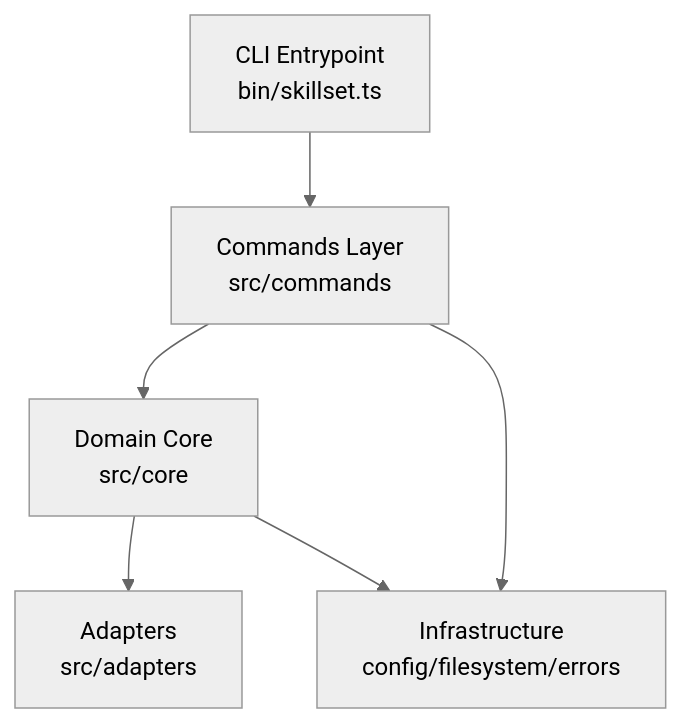
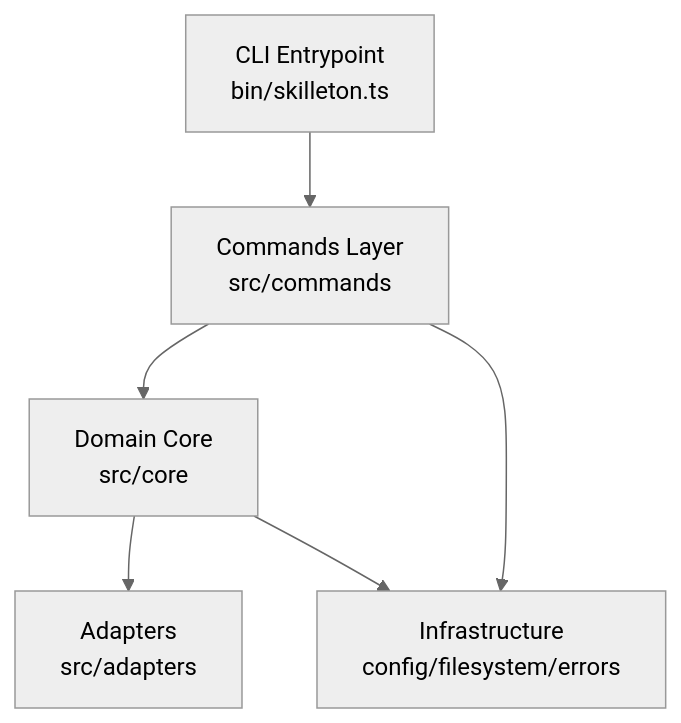
One commit to Fcmam5/skilleton changed the first of 3 diagrams in docs/architecture.md. Above: the diagram before and after it, drawn with Mermaid (neutral theme). The commit also changed other lines of this file and 34 other files, not shown here.

````diff
--- a/docs/architecture.md
+++ b/docs/architecture.md
@@ -5,12 +5,12 @@
 ```mermaid
 flowchart TD
-  CLI[CLI Entrypoint<br/>bin/skillset.ts]
+  CLI[CLI Entrypoint<br/>bin/skilleton.ts]
   Commands[Commands Layer<br/>src/commands]
   Core[Domain Core<br/>src/core]
   Adapters[Adapters<br/>src/adapters]
   Infra[Infrastructure<br/>config/filesystem/errors]
 
   CLI --> Commands --> Core --> Adapters
   Core --> Infra
   Commands --> Infra
 ```
````
